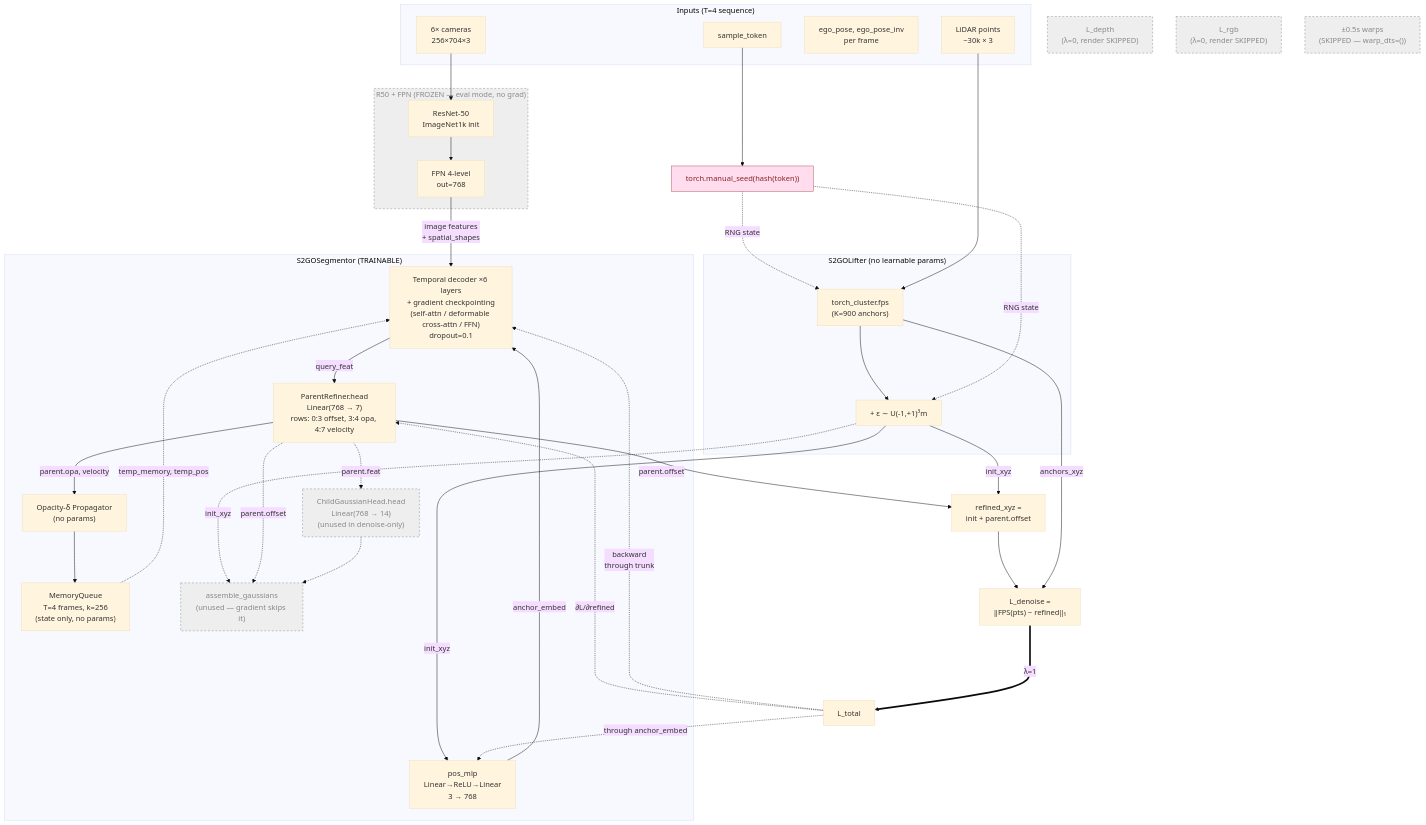
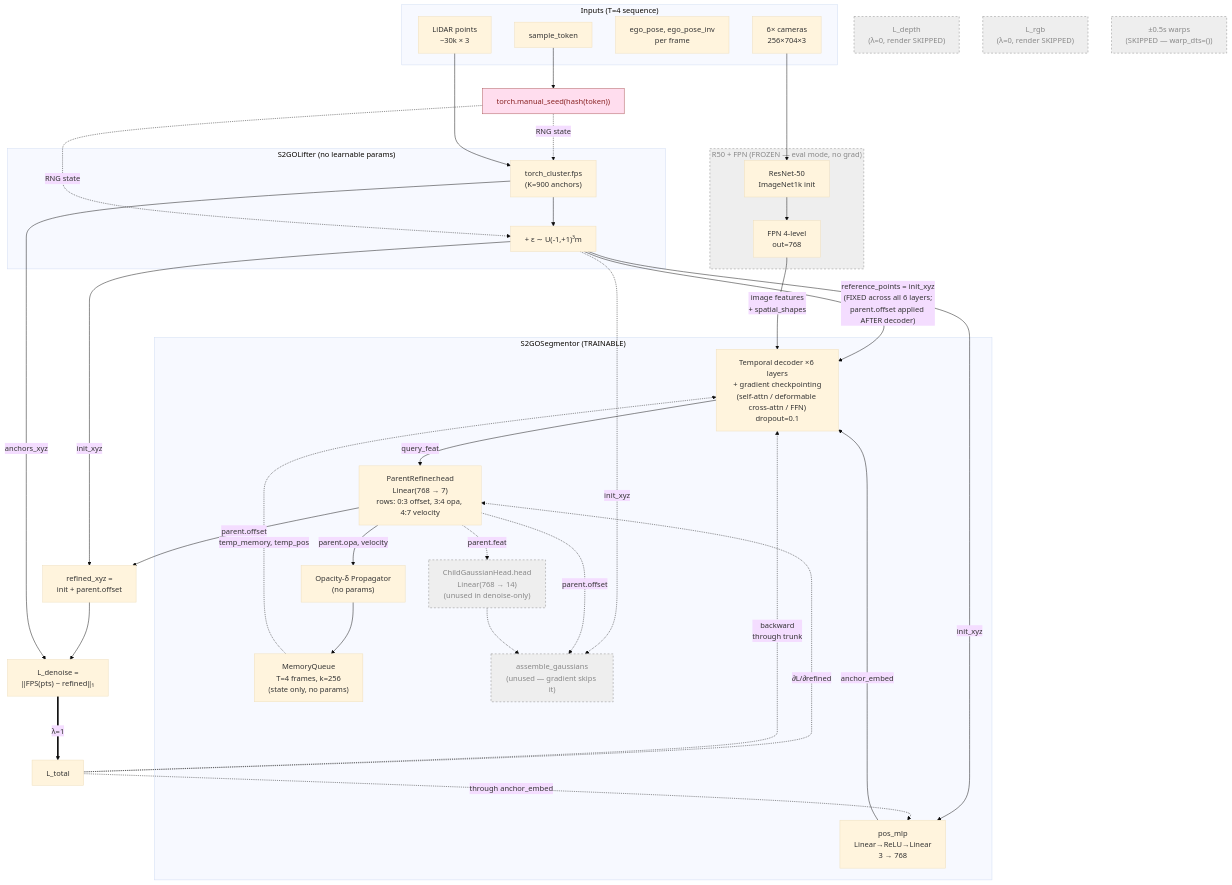
The first of 6 diagrams in out/stage1_scaleup_5000iter/architecture_current_run.md (skr3178/S2GO), drawn with Mermaid (base theme) before and after one commit. The commit also changed other lines of this file and 36 other files, not shown here.

````diff
--- a/out/stage1_scaleup_5000iter/architecture_current_run.md
+++ b/out/stage1_scaleup_5000iter/architecture_current_run.md
@@ -7,76 +7,77 @@
 ```mermaid
 flowchart TD
     %% ── Input ──
     subgraph INPUT[" Inputs (T=4 sequence) "]
         IMG[6× cameras<br/>256×704×3]
         LIDAR[LiDAR points<br/>~30k × 3]
         EGO[ego_pose, ego_pose_inv<br/>per frame]
         TOK[sample_token]
     end
 
     %% ── Per-sample FPS seed ──
     SEED["torch.manual_seed(hash(token))"]:::seed
     TOK --> SEED
 
     %% ── Frozen backbone ──
     subgraph BACKBONE[" R50 + FPN (FROZEN — eval mode, no grad) "]
         R50[ResNet-50<br/>ImageNet1k init]
         FPN[FPN 4-level<br/>out=768]
         R50 --> FPN
     end
     IMG --> R50
 
     %% ── Lifter (FPS+ε, seeded) ──
     subgraph LIFTER[" S2GOLifter (no learnable params) "]
         FPS["torch_cluster.fps<br/>(K=900 anchors)"]
         EPS["+ ε ∼ U(-1,+1)³m"]
         FPS --> EPS
     end
     SEED -.->|RNG state| FPS
     SEED -.->|RNG state| EPS
     LIDAR --> FPS
 
     %% ── Segmentor: trainable parts ──
     subgraph SEG[" S2GOSegmentor (TRAINABLE) "]
         POSMLP[pos_mlp<br/>Linear→ReLU→Linear<br/>3 → 768]
         TD["Temporal decoder ×6 layers<br/>+ gradient checkpointing<br/>(self-attn / deformable cross-attn / FFN)<br/>dropout=0.1"]
         MQ["MemoryQueue<br/>T=4 frames, k=256<br/>(state only, no params)"]
         PROP["Opacity-δ Propagator<br/>(no params)"]
         PR["ParentRefiner.head<br/>Linear(768 → 7)<br/>rows: 0:3 offset, 3:4 opa, 4:7 velocity"]
         CH["ChildGaussianHead.head<br/>Linear(768 → 14)<br/>(unused in denoise-only)"]:::unused
         ASM["assemble_gaussians<br/>(unused — gradient skips it)"]:::unused
     end
 
     EPS -->|init_xyz| POSMLP
     POSMLP -->|anchor_embed| TD
+    EPS -->|"reference_points = init_xyz<br/>(FIXED across all 6 layers;<br/>parent.offset applied AFTER decoder)"| TD
     FPN -->|image features<br/>+ spatial_shapes| TD
     MQ -.->|temp_memory, temp_pos| TD
     TD -->|query_feat| PR
     PR -->|parent.opa, velocity| PROP
     PR -.->|parent.feat| CH
     EPS -.->|init_xyz| ASM
     PR -.->|parent.offset| ASM
     CH -.-> ASM
     PR -->|parent.offset| REFINED
     EPS -->|init_xyz| REFINED["refined_xyz =<br/>init + parent.offset"]
     PROP --> MQ
 
     %% ── Loss (denoise only) ──
     REFINED --> LDEN["L_denoise =<br/>‖FPS(pts) − refined‖₁"]
     FPS -->|anchors_xyz| LDEN
 
     %% ── What's SKIPPED in this run ──
     LDEN ===>|"λ=1"| LTOTAL["L_total"]
     LDEPTH["L_depth<br/>(λ=0, render SKIPPED)"]:::unused
     LRGB["L_rgb<br/>(λ=0, render SKIPPED)"]:::unused
     WARPS["±0.5s warps<br/>(SKIPPED — warp_dts=())"]:::unused
 
     %% ── Backward path (which params receive gradient) ──
     LTOTAL -.->|"∂L/∂refined"| PR
     LTOTAL -.->|"backward<br/>through trunk"| TD
     LTOTAL -.->|"through anchor_embed"| POSMLP
 
     classDef unused fill:#eee,stroke:#888,color:#888,stroke-dasharray:4 4
     classDef seed fill:#fde,stroke:#a55,color:#822
     class BACKBONE,CH,ASM,LDEPTH,LRGB,WARPS unused
 ```
````
